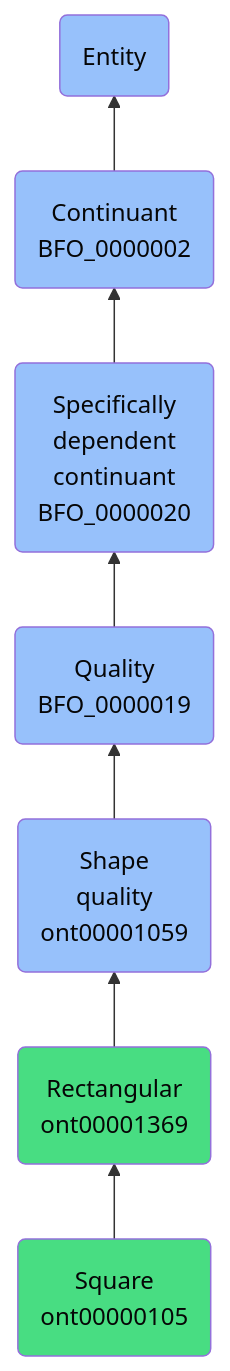
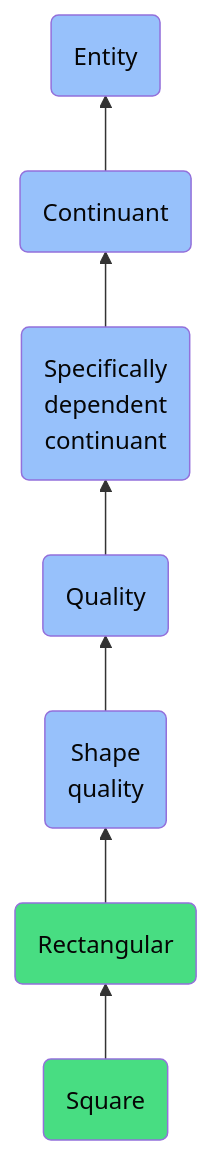
The diagram in docs/ontology/reference/model/Entity/Continuant/Specifically dependent continuant/Quality/Shape quality/Rectangular/Square/Square.md (jupyter-naas/abi), drawn with Mermaid before and after one commit. The commit also changed other lines of this file and 1430 other files, not shown here.

````diff
--- a/docs/ontology/reference/model/Entity/Continuant/Specifically dependent continuant/Quality/Shape quality/Rectangular/Square/Square.md
+++ b/docs/ontology/reference/model/Entity/Continuant/Specifically dependent continuant/Quality/Shape quality/Rectangular/Square/Square.md
@@ -24,14 +24,14 @@
 ```mermaid
 graph BT
-    ont00000105(Square<br>ont00000105):::ABI-->ont00001369
-    ont00001369(Rectangular<br>ont00001369):::ABI-->ont00001059
-    ont00001059(Shape<br>quality<br>ont00001059):::BFO-->BFO_0000019
-    BFO_0000019(Quality<br>BFO_0000019):::BFO-->BFO_0000020
-    BFO_0000020(Specifically<br>dependent<br>continuant<br>BFO_0000020):::BFO-->BFO_0000002
-    BFO_0000002(Continuant<br>BFO_0000002):::BFO-->BFO_0000001
+    ont00000105(Square):::ABI-->ont00001369
+    ont00001369(Rectangular):::ABI-->ont00001059
+    ont00001059(Shape<br>quality):::BFO-->BFO_0000019
+    BFO_0000019(Quality):::BFO-->BFO_0000020
+    BFO_0000020(Specifically<br>dependent<br>continuant):::BFO-->BFO_0000002
+    BFO_0000002(Continuant):::BFO-->BFO_0000001
     BFO_0000001(Entity):::BFO
     
     classDef BFO fill:#97c1fb,color:#060606
     classDef CCO fill:#e4c51e,color:#060606
     classDef ABI fill:#48DD82,color:#060606
 ```
````
